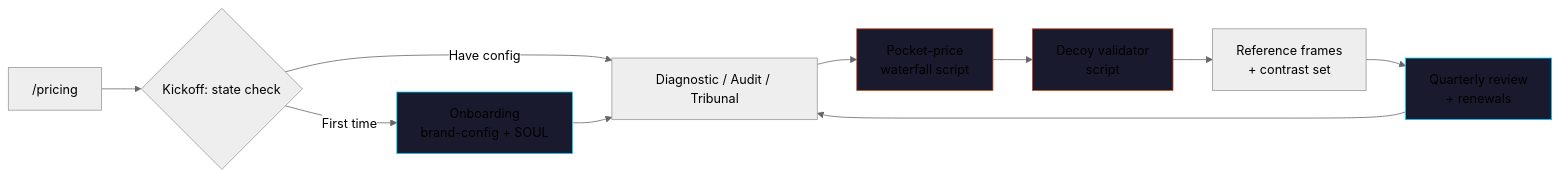
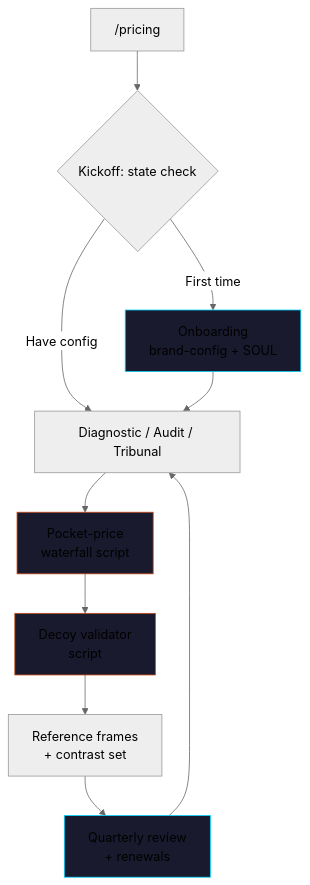
Before and after one commit to cmj-hub/claude-pricing: the diagram in README.md, drawn with Mermaid (neutral theme).

Commit message:
fix(readme): mermaid graph LR → TB for legible node labels on GitHub

````diff
--- a/README.md
+++ b/README.md
@@ -30,17 +30,17 @@
 ```mermaid
-graph LR
+graph TB
     A["/pricing"] --> B{Kickoff: state check}
     B -->|First time| C[Onboarding<br/>brand-config + SOUL]
     B -->|Have config| D[Diagnostic / Audit / Tribunal]
     C --> D
     D --> E[Pocket-price<br/>waterfall script]
     E --> F[Decoy validator<br/>script]
     F --> G[Reference frames<br/>+ contrast set]
     G --> H[Quarterly review<br/>+ renewals]
     H --> D
 
     style C fill:#1a1a2e,stroke:#00d4ff
     style E fill:#1a1a2e,stroke:#cc4714
     style F fill:#1a1a2e,stroke:#cc4714
     style H fill:#1a1a2e,stroke:#00d4ff
 ```
````
